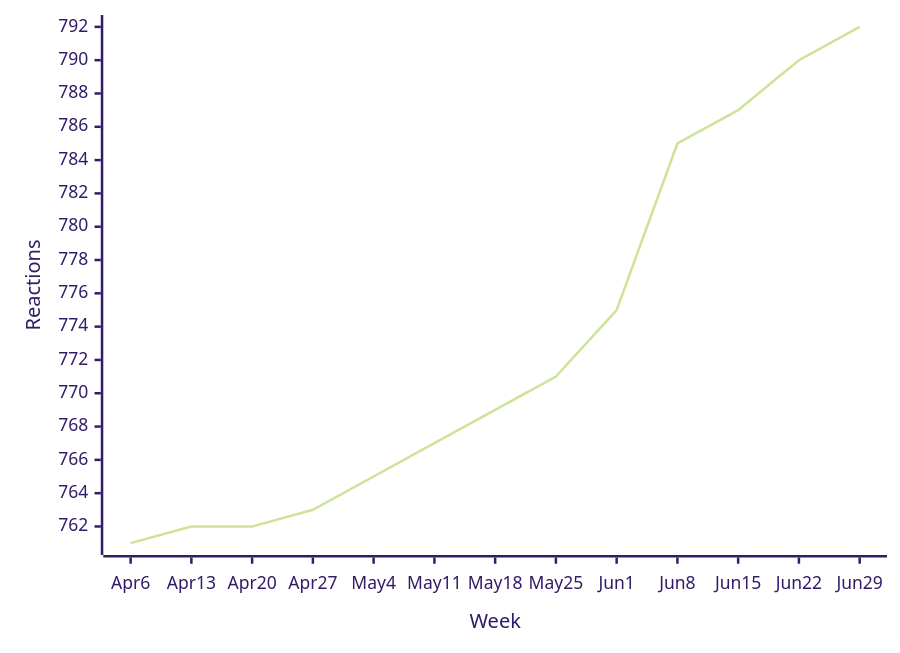
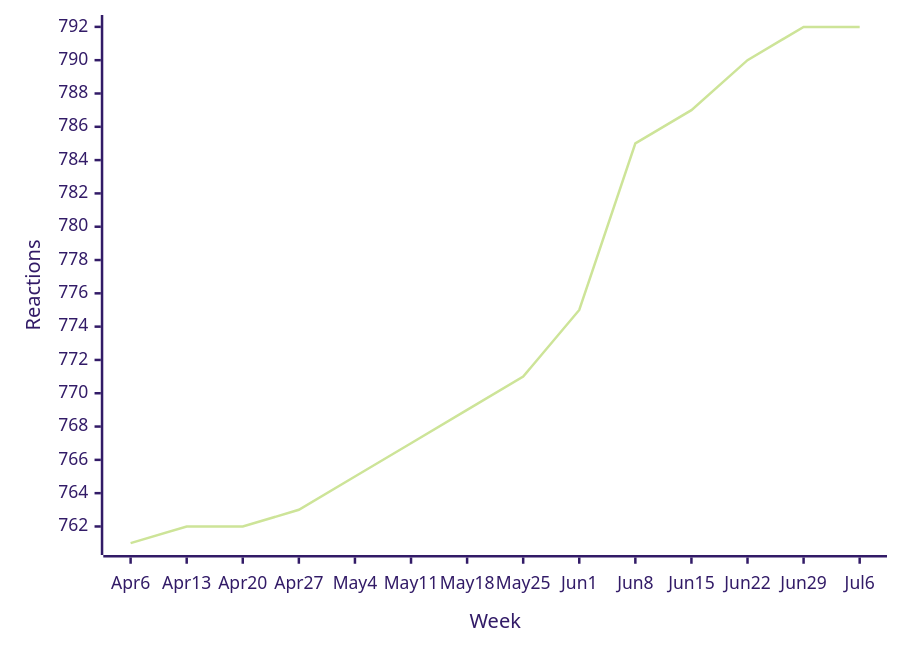
One commit to loic-sharma/github-insights changed the second of 48 diagrams in README.md. Above: the diagram before and after it, drawn with Mermaid (forest theme). The commit also changed other lines of this file and 3 other files, not shown here.

````diff
--- a/README.md
+++ b/README.md
@@ -356,6 +356,6 @@
   ```mermaid
   xychart-beta
-    x-axis "Week" [Apr 6, Apr 13, Apr 20, Apr 27, May 4, May 11, May 18, May 25, Jun 1, Jun 8, Jun 15, Jun 22, Jun 29]
+    x-axis "Week" [Apr 6, Apr 13, Apr 20, Apr 27, May 4, May 11, May 18, May 25, Jun 1, Jun 8, Jun 15, Jun 22, Jun 29, Jul 6]
     y-axis "Reactions"
-    line [761, 762, 762, 763, 765, 767, 769, 771, 775, 785, 787, 790, 792]
+    line [761, 762, 762, 763, 765, 767, 769, 771, 775, 785, 787, 790, 792, 792]
   ```
````
